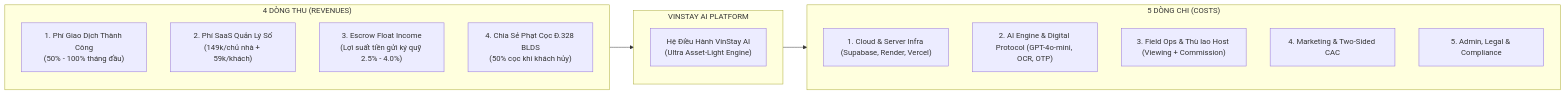
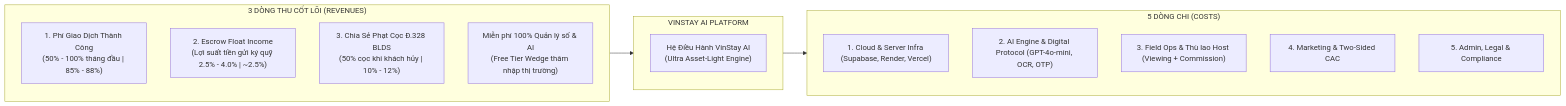
The first of 7 diagrams in docs/FINANCIAL_AND_REVENUE_MODEL.md (cvduynk-beep/duynk-demop2-t010), drawn with Mermaid before and after one commit. The commit also changed other lines of this file and 1 other file, not shown here.

First line of the commit message:
docs(gtm): add 7-pillar operational strategy and refine financial revenue architecture

````diff
--- a/docs/FINANCIAL_AND_REVENUE_MODEL.md
+++ b/docs/FINANCIAL_AND_REVENUE_MODEL.md
@@ -64,25 +64,25 @@
 ```mermaid
 flowchart LR
-    subgraph Revenues ["4 DÒNG THU (REVENUES)"]
-        R1["1. Phí Giao Dịch Thành Công<br>(50% - 100% tháng đầu)"]
-        R2["2. Phí SaaS Quản Lý Số<br>(149k/chủ nhà + 59k/khách)"]
-        R3["3. Escrow Float Income<br>(Lợi suất tiền gửi ký quỹ 2.5% - 4.0%)"]
-        R4["4. Chia Sẻ Phạt Cọc Đ.328 BLDS<br>(50% cọc khi khách hủy)"]
+    subgraph Revenues ["3 DÒNG THU CỐT LÕI (REVENUES)"]
+        R1["1. Phí Giao Dịch Thành Công<br>(50% - 100% tháng đầu | 85% - 88%)"]
+        R2["2. Escrow Float Income<br>(Lợi suất tiền gửi ký quỹ 2.5% - 4.0% | ~2.5%)"]
+        R3["3. Chia Sẻ Phạt Cọc Đ.328 BLDS<br>(50% cọc khi khách hủy | 10% - 12%)"]
+        R4["Miễn phí 100% Quản lý số & AI<br>(Free Tier Wedge thâm nhập thị trường)"]
     end
 
     subgraph Core ["VINSTAY AI PLATFORM"]
         direction TB
         E["Hệ Điều Hành VinStay AI<br>(Ultra Asset-Light Engine)"]
     end
 
     subgraph Costs ["5 DÒNG CHI (COSTS)"]
         C1["1. Cloud & Server Infra (Supabase, Render, Vercel)"]
         C2["2. AI Engine & Digital Protocol (GPT-4o-mini, OCR, OTP)"]
         C3["3. Field Ops & Thù lao Host (Viewing + Commission)"]
         C4["4. Marketing & Two-Sided CAC"]
         C5["5. Admin, Legal & Compliance"]
     end
 
     Revenues --> Core
     Core --> Costs
 ```
````
